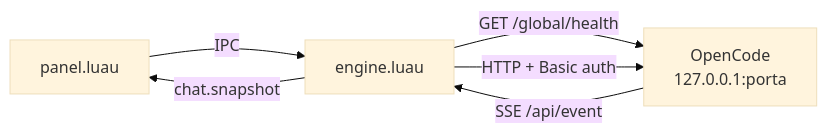
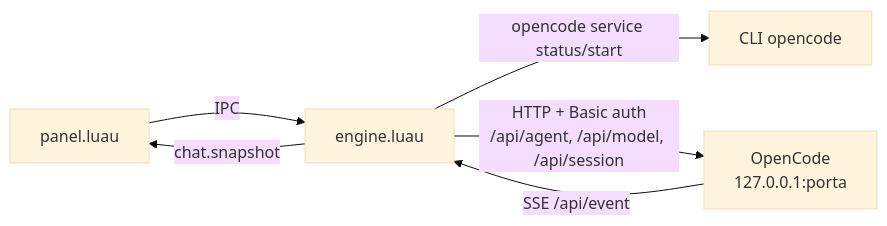
The first of 3 diagrams in docs/conexao.md (marcos2872/msbos-ai-chat), drawn with Mermaid (base theme) before and after one commit. The commit also changed other lines of this file and 19 other files, not shown here.

````diff
--- a/docs/conexao.md
+++ b/docs/conexao.md
@@ -7,8 +7,8 @@
 ```mermaid
 flowchart LR
     PANEL["panel.luau"] -->|"IPC"| ENGINE["engine.luau"]
-    ENGINE -->|"GET /global/health"| OC["OpenCode<br/>127.0.0.1:porta"]
-    ENGINE -->|"HTTP + Basic auth"| OC
+    ENGINE -->|"opencode service status/start"| CLI["CLI opencode"]
+    ENGINE -->|"HTTP + Basic auth<br/>/api/agent, /api/model, /api/session"| OC["OpenCode<br/>127.0.0.1:porta"]
     OC -->|"SSE /api/event"| ENGINE
     ENGINE -->|"chat.snapshot"| PANEL
 ```
````
